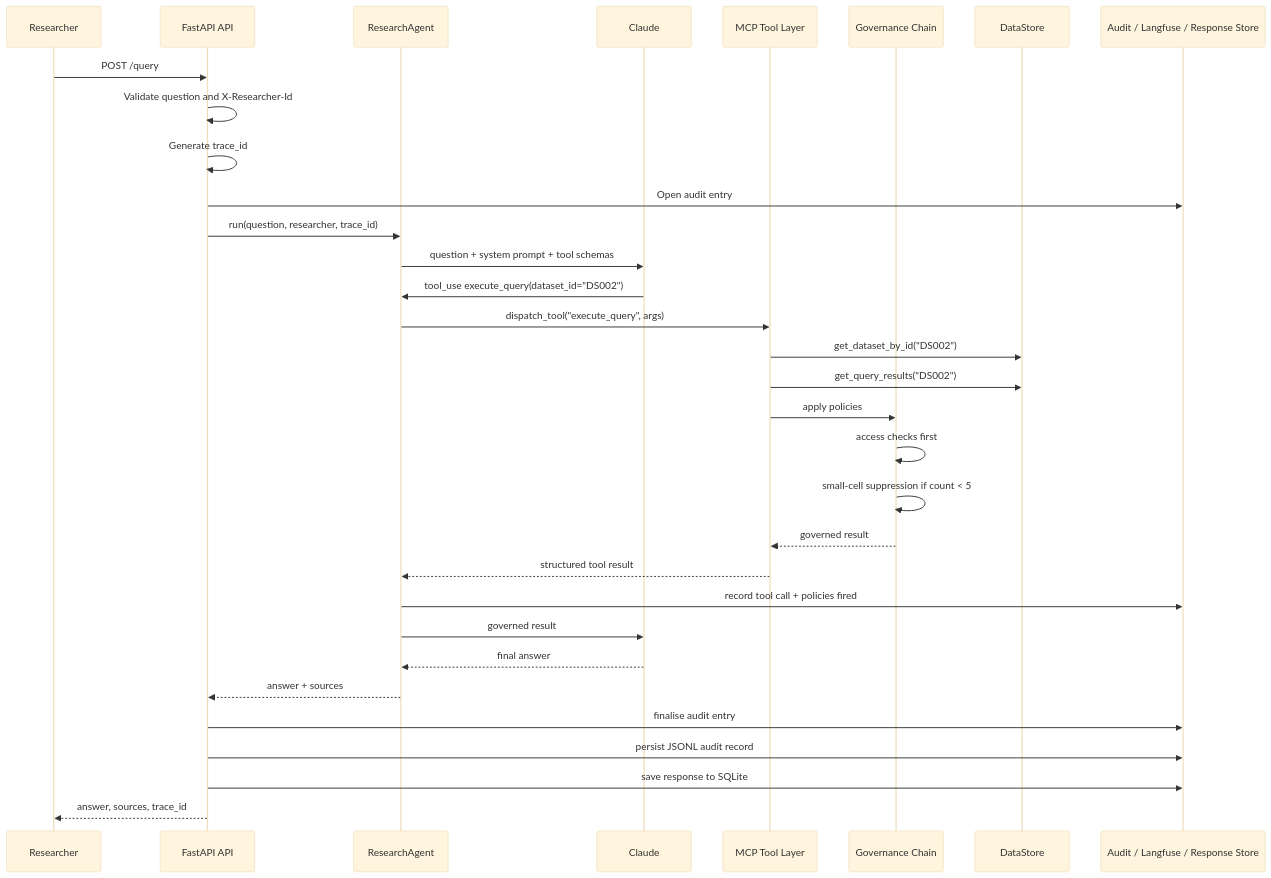
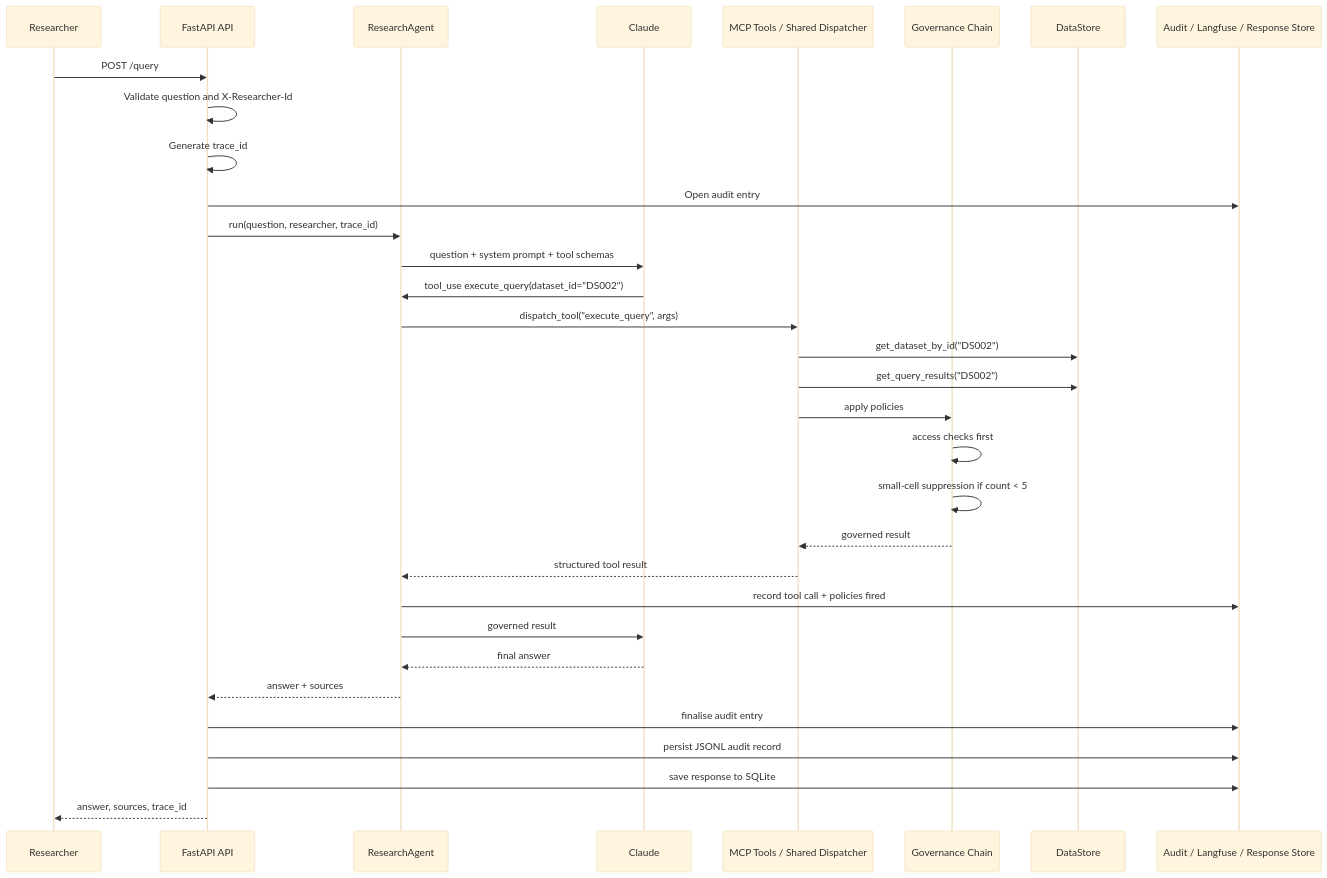
The second of 2 diagrams in README.md (motolaji/ai-research-assistant-assessment), drawn with Mermaid (base theme) before and after one commit. The commit also changed other lines of this file and 2 other files, not shown here.

Commit message:
Update:MCP server and ReadMe

````diff
--- a/README.md
+++ b/README.md
@@ -208,40 +217,40 @@
 ```mermaid
 sequenceDiagram
     participant User as Researcher
     participant API as FastAPI API
     participant Agent as ResearchAgent
     participant Claude as Claude
-    participant Tools as MCP Tool Layer
+    participant Tools as MCP Tools / Shared Dispatcher
     participant Gov as Governance Chain
     participant Data as DataStore
     participant Audit as Audit / Langfuse / Response Store
 
     User->>API: POST /query
     API->>API: Validate question and X-Researcher-Id
     API->>API: Generate trace_id
     API->>Audit: Open audit entry
 
     API->>Agent: run(question, researcher, trace_id)
     Agent->>Claude: question + system prompt + tool schemas
     Claude->>Agent: tool_use execute_query(dataset_id="DS002")
 
     Agent->>Tools: dispatch_tool("execute_query", args)
     Tools->>Data: get_dataset_by_id("DS002")
     Tools->>Data: get_query_results("DS002")
 
     Tools->>Gov: apply policies
     Gov->>Gov: access checks first
     Gov->>Gov: small-cell suppression if count < 5
     Gov-->>Tools: governed result
 
     Tools-->>Agent: structured tool result
     Agent->>Audit: record tool call + policies fired
     Agent->>Claude: governed result
     Claude-->>Agent: final answer
 
     Agent-->>API: answer + sources
     API->>Audit: finalise audit entry
     API->>Audit: persist JSONL audit record
     API->>Audit: save response to SQLite
     API-->>User: answer, sources, trace_id
 ```
````
